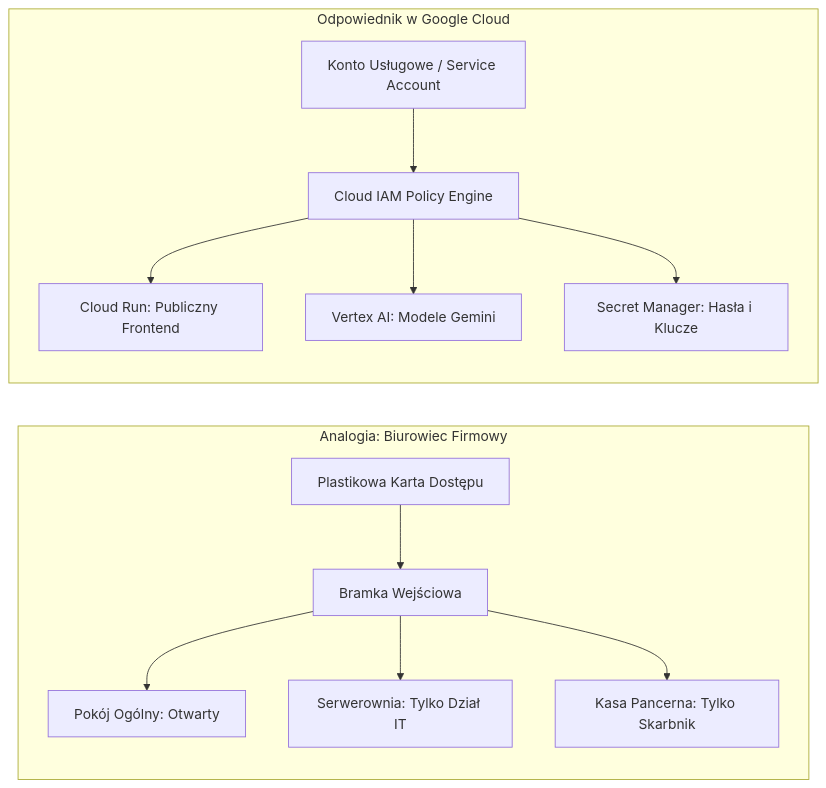
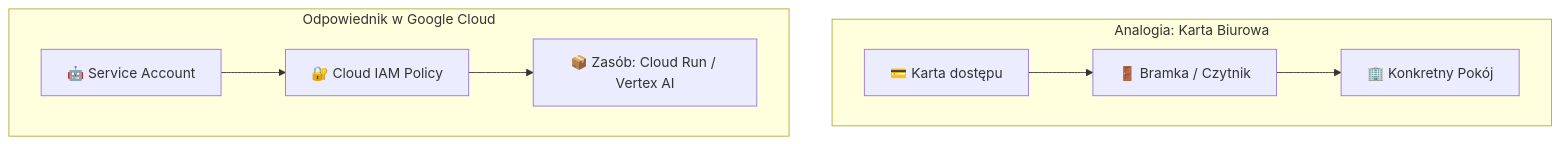
The second of 2 diagrams in docs/public/gcp-course/00-gcp-basics-for-juniors.md (majsterkovic/a2ui), drawn with Mermaid before and after one commit. The commit also changed 9 other files, not shown here.

Commit message:
docs: uproszczenie i poprawa czytelnosci diagramow w calym kursie

````diff
--- a/docs/public/gcp-course/00-gcp-basics-for-juniors.md
+++ b/docs/public/gcp-course/00-gcp-basics-for-juniors.md
@@ -62,16 +62,9 @@
 ```mermaid
-flowchart LR
-    subgraph OfficeAnalogy [Analogia: Biurowiec Firmowy]
-        Card[Plastikowa Karta Dostępu] --> Gate[Bramka Wejściowa]
-        Gate --> Room1[Pokój Ogólny: Otwarty]
-        Gate --> Room2[Serwerownia: Tylko Dział IT]
-        Gate --> Room3[Kasa Pancerna: Tylko Skarbnik]
+flowchart TD
+    subgraph Analogy [Analogia: Karta Biurowa]
+        Card["💳 Karta dostępu"] --> Gate["🚪 Bramka / Czytnik"] --> Room["🏢 Konkretny Pokój"]
     end
-
-    subgraph GCPAnalogy [Odpowiednik w Google Cloud]
-        SA[Konto Usługowe / Service Account] --> IAM[Cloud IAM Policy Engine]
-        IAM --> Res1[Cloud Run: Publiczny Frontend]
-        IAM --> Res2[Vertex AI: Modele Gemini]
-        IAM --> Res3[Secret Manager: Hasła i Klucze]
+    subgraph GCP [Odpowiednik w Google Cloud]
+        SA["🤖 Service Account"] --> IAM["🔐 Cloud IAM Policy"] --> Resource["📦 Zasób: Cloud Run / Vertex AI"]
     end
 ```
````
